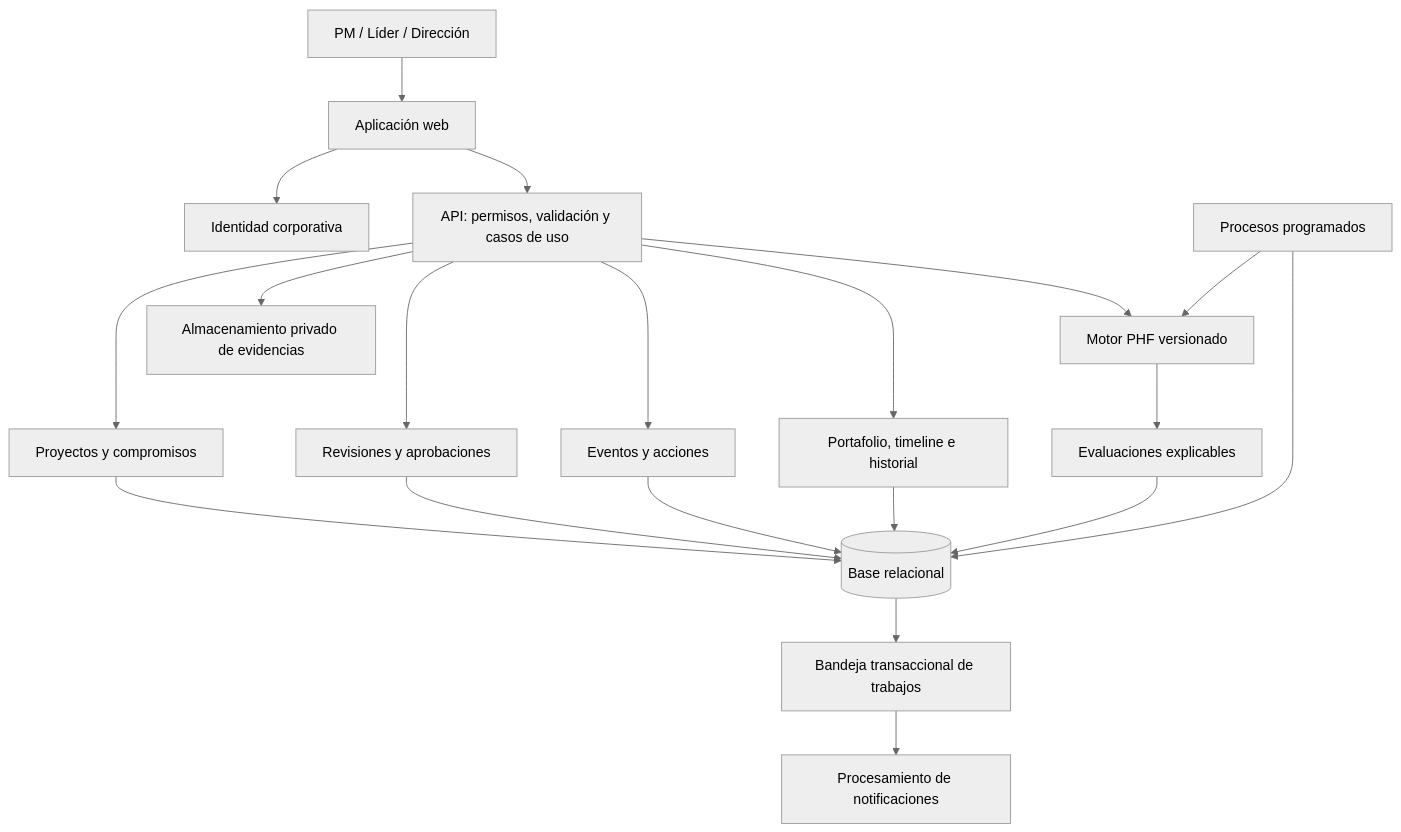
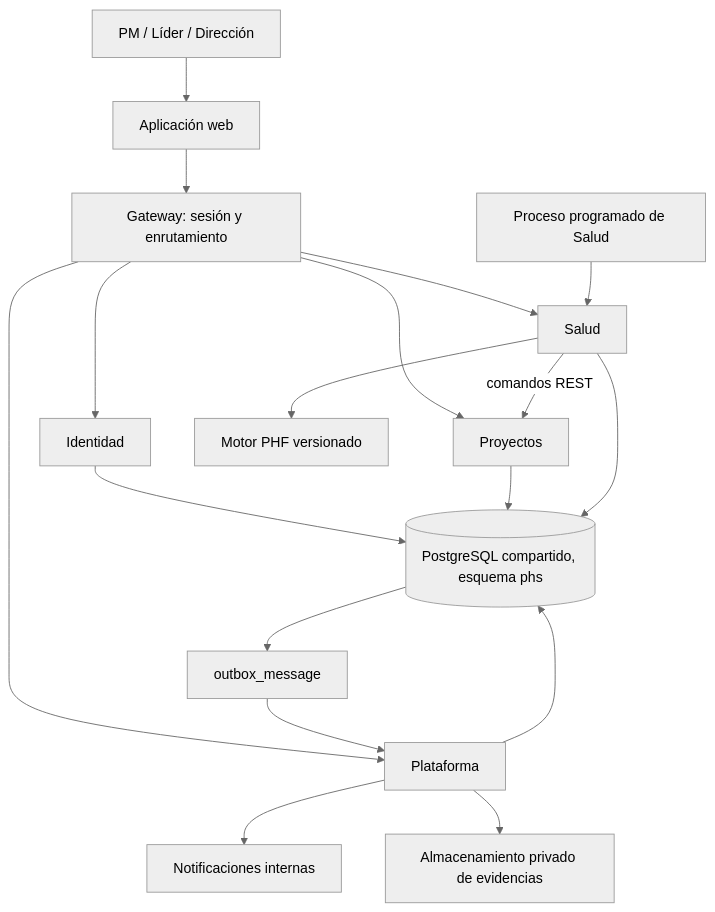
One commit to iztaneo/PHS changed the diagram in docs/ARQUITECTURA-PHS.md. Above: the diagram before and after it, drawn with Mermaid (neutral theme). The commit also changed other lines of this file and 10 other files, not shown here.

Commit message:
BIT-0008: adopt microservices architecture and add traceability map

````diff
--- a/docs/ARQUITECTURA-PHS.md
+++ b/docs/ARQUITECTURA-PHS.md
@@ -54,22 +54,20 @@
 ```mermaid
 flowchart TD
   U[PM / Líder / Dirección] --> W[Aplicación web]
-  W --> I[Identidad corporativa]
-  W --> A[API: permisos, validación y casos de uso]
-  A --> C[Proyectos y compromisos]
-  A --> R[Revisiones y aprobaciones]
-  A --> T[Eventos y acciones]
-  A --> Q[Portafolio, timeline e historial]
-  C --> DB[(Base relacional)]
-  R --> DB
-  T --> DB
-  Q --> DB
-  A --> H[Motor PHF versionado]
-  H --> S[Evaluaciones explicables]
-  S --> DB
-  A --> O[Almacenamiento privado de evidencias]
-  J[Procesos programados] --> H
-  J --> DB
-  DB --> B[Bandeja transaccional de trabajos]
-  B --> N[Procesamiento de notificaciones]
+  W --> G[Gateway: sesión y enrutamiento]
+  G --> ID[Identidad]
+  G --> PR[Proyectos]
+  G --> SA[Salud]
+  G --> PL[Plataforma]
+  SA -- comandos REST --> PR
+  SA --> H[Motor PHF versionado]
+  J[Proceso programado de Salud] --> SA
+  ID --> DB[(PostgreSQL compartido, esquema phs)]
+  PR --> DB
+  SA --> DB
+  PL --> DB
+  DB --> B[outbox_message]
+  B --> PL
+  PL --> N[Notificaciones internas]
+  PL --> O[Almacenamiento privado de evidencias]
 ```
````
